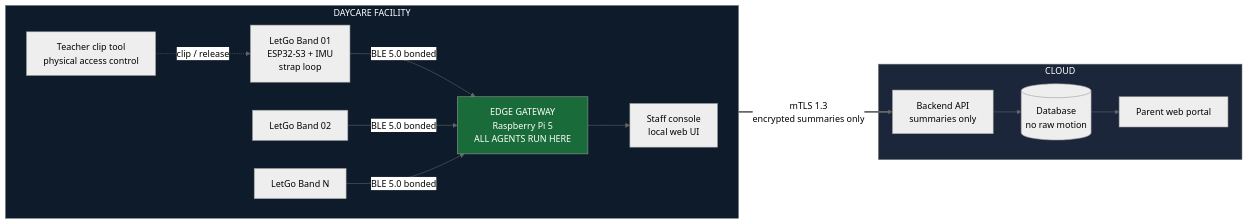
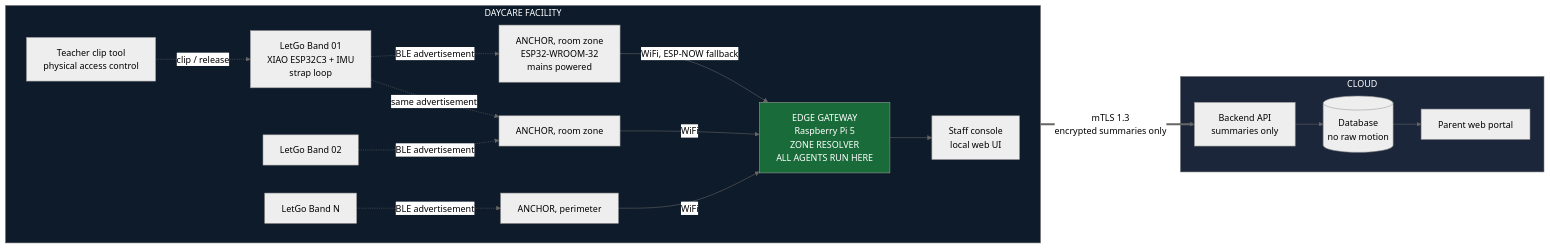
The diagram in README.md (DahamDissanayake/mini-ideathon-smart-ecosystem-team-A), drawn with Mermaid (neutral theme) before and after one commit. The commit also changed other lines of this file and 7 other files, not shown here.

````diff
--- a/README.md
+++ b/README.md
@@ -73,32 +75,39 @@
 ```mermaid
 graph LR
     subgraph FACILITY["DAYCARE FACILITY"]
         direction LR
-        N1["LetGo Band 01<br/>ESP32-S3 + IMU<br/>strap loop"]
+        N1["LetGo Band 01<br/>XIAO ESP32C3 + IMU<br/>strap loop"]
         N2["LetGo Band 02"]
         N3["LetGo Band N"]
-        GW["EDGE GATEWAY<br/>Raspberry Pi 5<br/>ALL AGENTS RUN HERE"]
+        A1["ANCHOR, room zone<br/>ESP32-WROOM-32<br/>mains powered"]
+        A2["ANCHOR, room zone"]
+        A3["ANCHOR, perimeter"]
+        GW["EDGE GATEWAY<br/>Raspberry Pi 5<br/>ZONE RESOLVER<br/>ALL AGENTS RUN HERE"]
         CLIP["Teacher clip tool<br/>physical access control"]
         STAFF["Staff console<br/>local web UI"]
 
-        N1 -->|BLE 5.0 bonded| GW
-        N2 -->|BLE 5.0 bonded| GW
-        N3 -->|BLE 5.0 bonded| GW
+        N1 -.->|BLE advertisement| A1
+        N1 -.->|same advertisement| A2
+        N2 -.->|BLE advertisement| A2
+        N3 -.->|BLE advertisement| A3
+        A1 -->|WiFi, ESP-NOW fallback| GW
+        A2 -->|WiFi| GW
+        A3 -->|WiFi| GW
         CLIP -.->|clip / release| N1
         GW --> STAFF
     end
 
     subgraph CLOUD["CLOUD"]
         API["Backend API<br/>summaries only"]
         DB[("Database<br/>no raw motion")]
         PORTAL["Parent web portal"]
         API --> DB
         DB --> PORTAL
     end
 
     GW ==>|"mTLS 1.3<br/>encrypted summaries only"| API
 
     style GW fill:#1a6b3a,color:#fff
     style FACILITY fill:#0d1b2a,color:#fff
     style CLOUD fill:#1b263b,color:#fff
 ```
````
